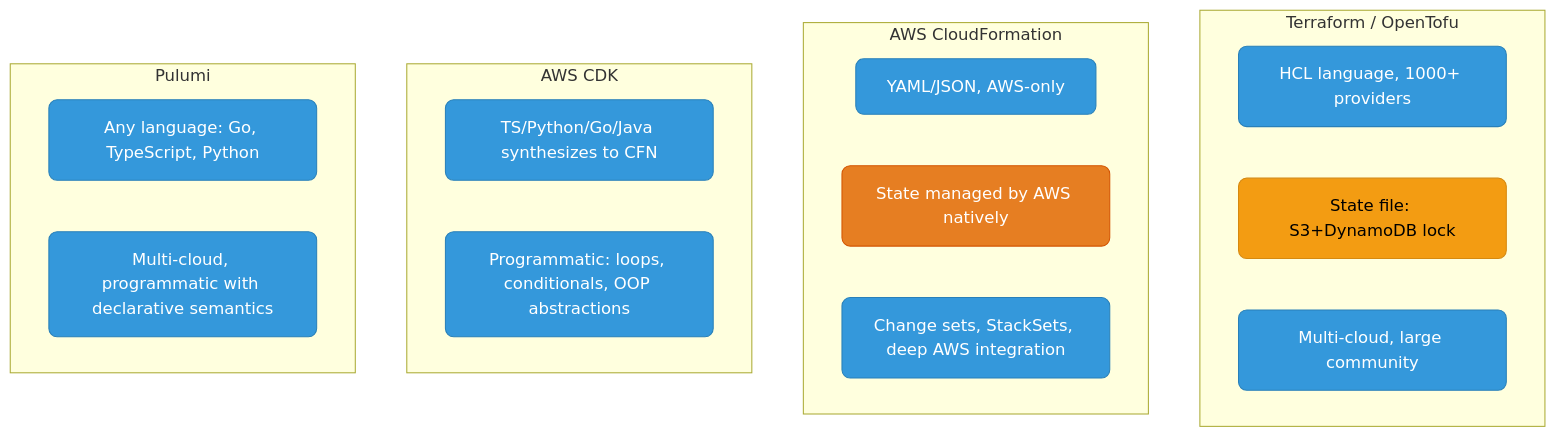
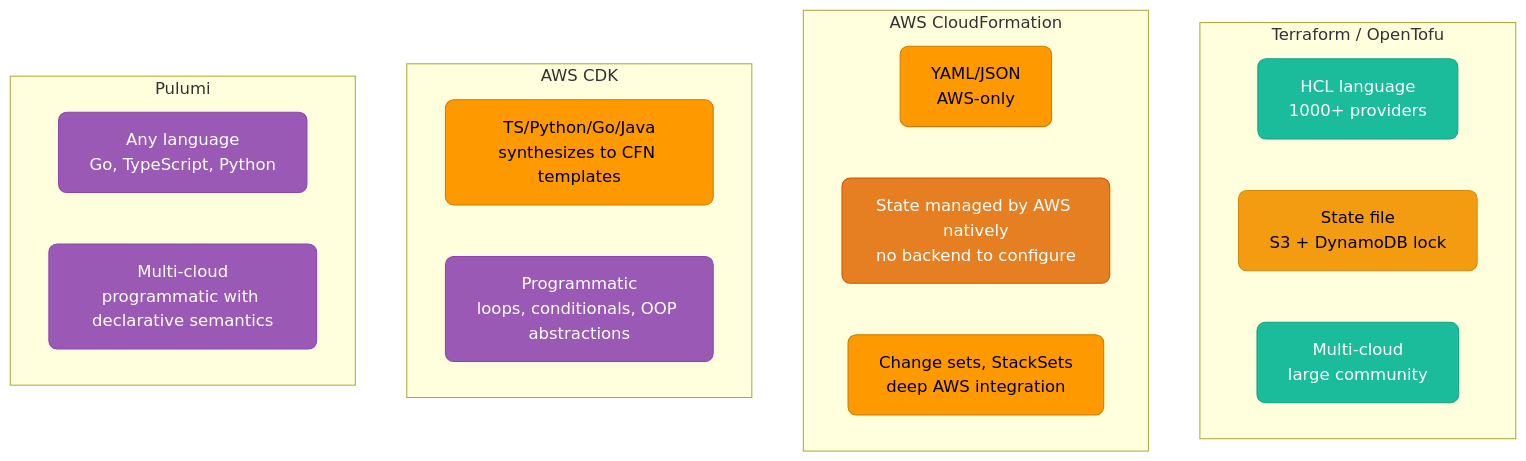
Before and after one commit to deepanshu-rawat6/DevOpsIndex: the third of 9 diagrams in iac/README.md, drawn with Mermaid. The commit also changed other lines of this file and 17 other files, not shown here.

````diff
--- a/iac/README.md
+++ b/iac/README.md
@@ -73,31 +92,31 @@
 ```mermaid
 graph TD
     classDef blue fill:#3498db,stroke:#2980b9,color:#fff,rx:8
     classDef green fill:#2ecc71,stroke:#27ae60,color:#fff,rx:8
     classDef red fill:#e74c3c,stroke:#c0392b,color:#fff,rx:8
     classDef orange fill:#e67e22,stroke:#d35400,color:#fff,rx:8
     classDef purple fill:#9b59b6,stroke:#8e44ad,color:#fff,rx:8
     classDef teal fill:#1abc9c,stroke:#16a085,color:#fff,rx:8
     classDef dark fill:#2c3e50,stroke:#1a252f,color:#fff,rx:8
     classDef yellow fill:#f39c12,stroke:#d68910,color:#000,rx:8
     classDef k8s fill:#326ce5,stroke:#254ea8,color:#fff,rx:8
     classDef aws fill:#ff9900,stroke:#cc7a00,color:#000,rx:8
     subgraph TF["Terraform / OpenTofu"]
-        TF1["HCL language, 1000+ providers"]:::blue
-        TF2["State file: S3+DynamoDB lock"]:::yellow
-        TF3["Multi-cloud, large community"]:::blue
+        TF1["HCL language<br/>1000+ providers"]:::teal
+        TF2["State file<br/>S3 + DynamoDB lock"]:::yellow
+        TF3["Multi-cloud<br/>large community"]:::teal
     end
     subgraph CFN["AWS CloudFormation"]
-        CFN1["YAML/JSON, AWS-only"]:::blue
-        CFN2["State managed by AWS natively"]:::orange
-        CFN3["Change sets, StackSets, deep AWS integration"]:::blue
+        CFN1["YAML/JSON<br/>AWS-only"]:::aws
+        CFN2["State managed by AWS natively<br/>no backend to configure"]:::orange
+        CFN3["Change sets, StackSets<br/>deep AWS integration"]:::aws
     end
     subgraph CDK["AWS CDK"]
-        CDK1["TS/Python/Go/Java synthesizes to CFN"]:::blue
-        CDK2["Programmatic: loops, conditionals, OOP abstractions"]:::blue
+        CDK1["TS/Python/Go/Java<br/>synthesizes to CFN templates"]:::aws
+        CDK2["Programmatic<br/>loops, conditionals, OOP abstractions"]:::purple
     end
     subgraph PUL["Pulumi"]
-        PUL1["Any language: Go, TypeScript, Python"]:::blue
-        PUL2["Multi-cloud, programmatic with declarative semantics"]:::blue
+        PUL1["Any language<br/>Go, TypeScript, Python"]:::purple
+        PUL2["Multi-cloud<br/>programmatic with declarative semantics"]:::purple
     end
 ```
````
